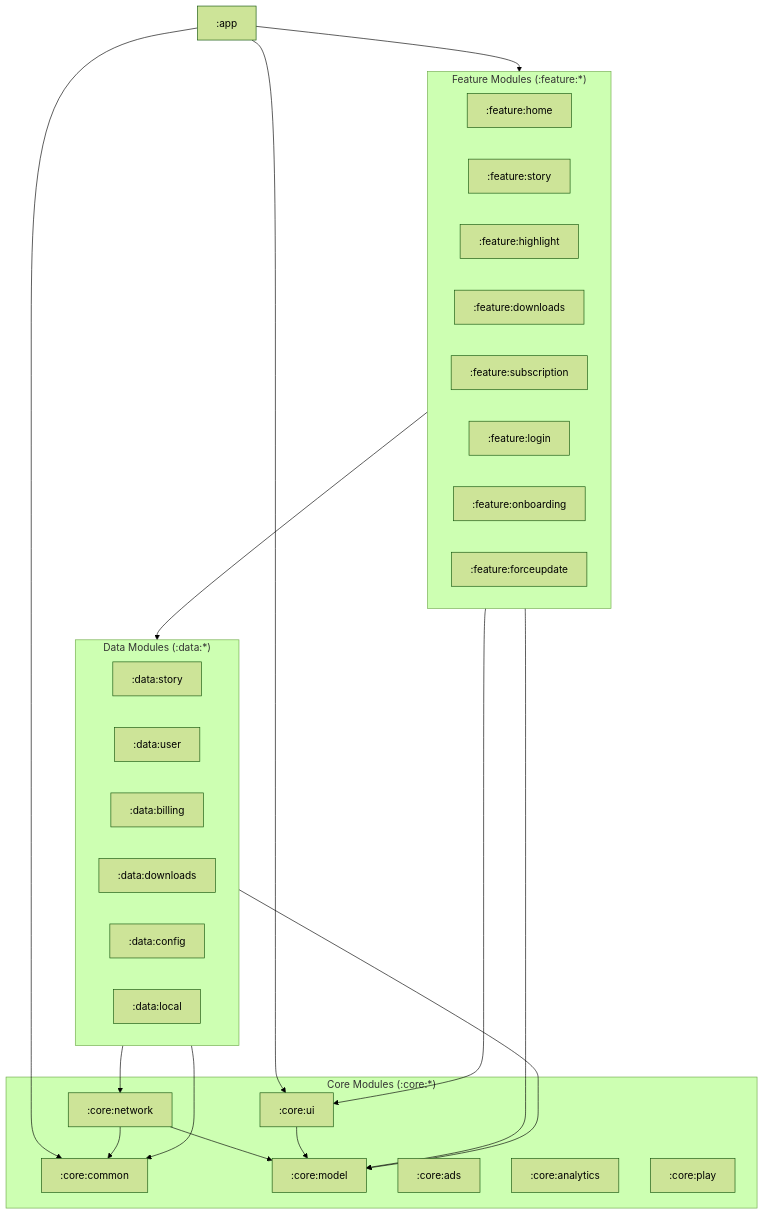
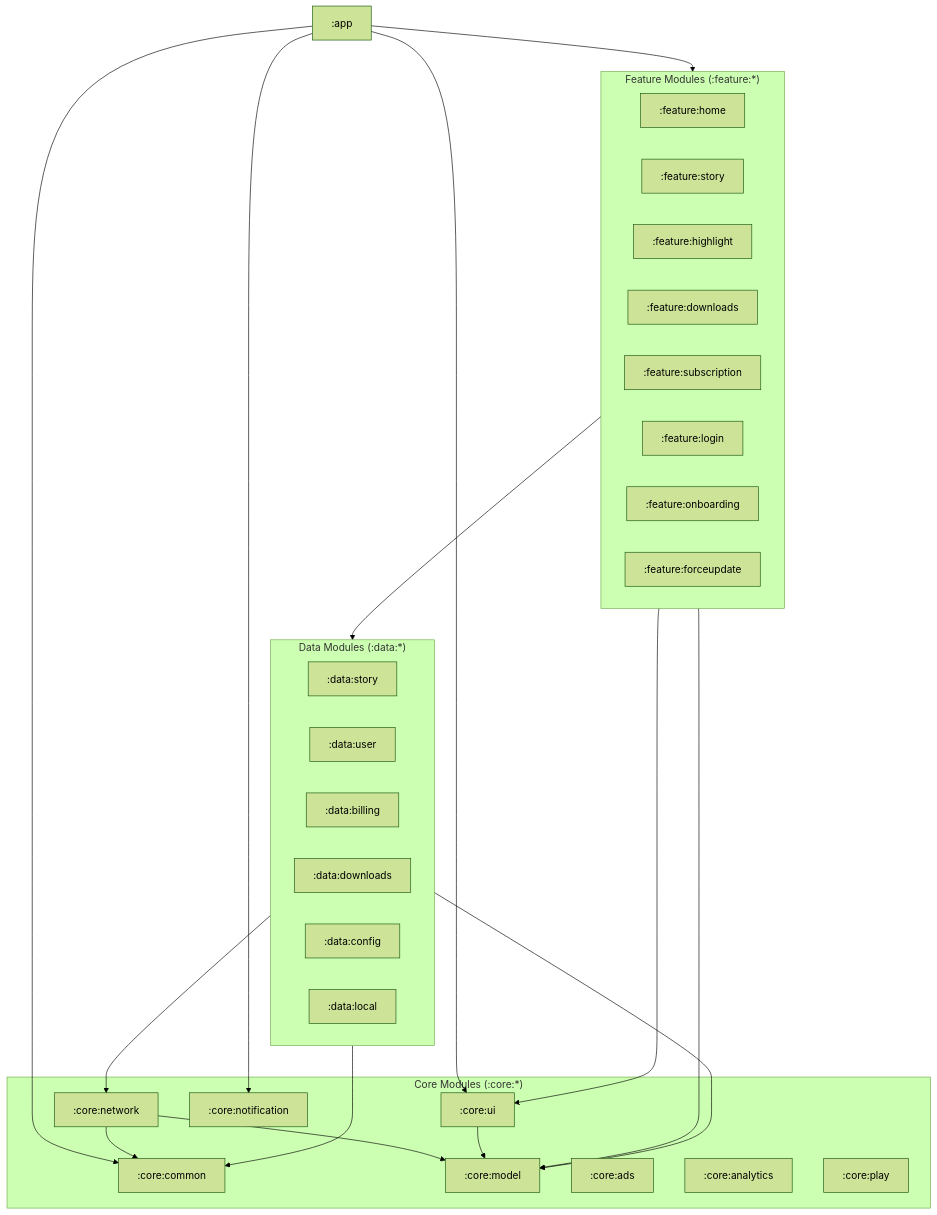
One commit to vinit2510/Story-Ghost-Compose changed the diagram in README.md. Above: the diagram before and after it, drawn with Mermaid (forest theme). The commit also changed other lines of this file and 37 other files, not shown here.

````diff
--- a/README.md
+++ b/README.md
@@ -78,44 +83,47 @@
 ```mermaid
 graph TD
     App[":app"] --> Features
     App --> CoreUI[":core:ui"]
     App --> CoreCommon[":core:common"]
 
     subgraph Features["Feature Modules (:feature:*)"]
         Home[":feature:home"]
         Story[":feature:story"]
         Highlight[":feature:highlight"]
         Downloads[":feature:downloads"]
         Subscription[":feature:subscription"]
         Login[":feature:login"]
         Onboarding[":feature:onboarding"]
         ForceUpdate[":feature:forceupdate"]
     end
 
     Features --> CoreUI
     Features --> CoreModel[":core:model"]
     Features --> DataModules
 
     subgraph DataModules["Data Modules (:data:*)"]
         DataStory[":data:story"]
         DataUser[":data:user"]
         DataBilling[":data:billing"]
         DataDownloads[":data:downloads"]
         DataConfig[":data:config"]
         DataLocal[":data:local"]
     end
 
     DataModules --> CoreNetwork[":core:network"]
     DataModules --> CoreModel
     DataModules --> CoreCommon
 
+    App --> CoreNotification[":core:notification"]
+
     subgraph Core["Core Modules (:core:*)"]
         CoreNetwork --> CoreModel
         CoreNetwork --> CoreCommon
         CoreAds[":core:ads"]
         CoreAnalytics[":core:analytics"]
         CorePlay[":core:play"]
+        CoreNotification
         CoreUI --> CoreModel
         CoreCommon
     end
 ```
````
